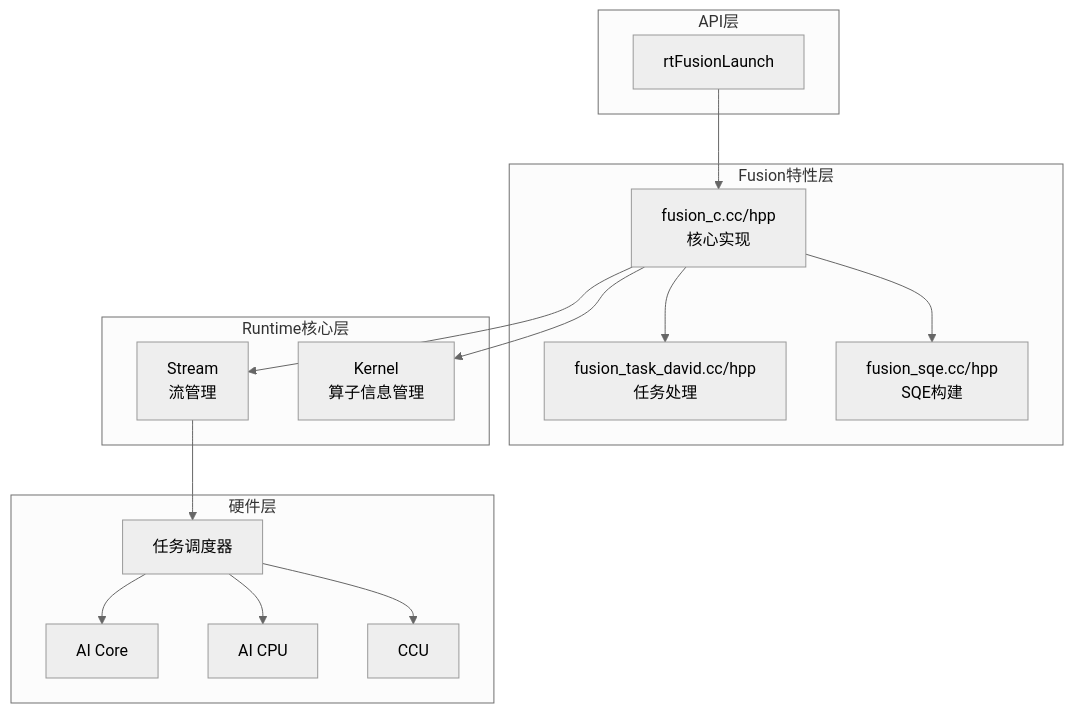
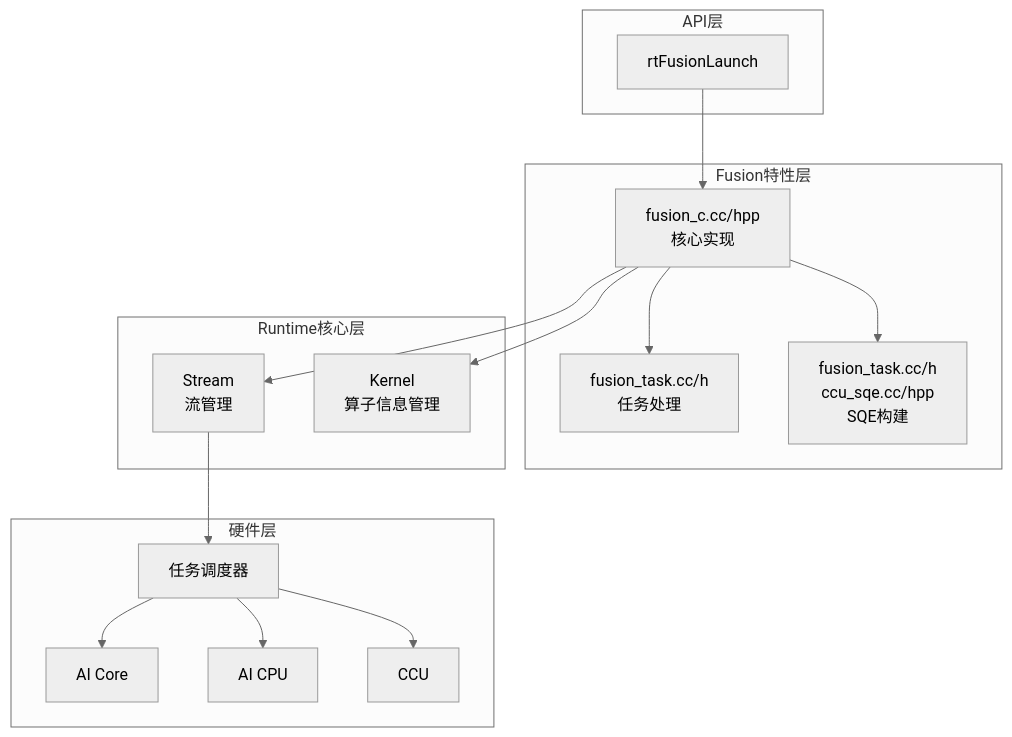
Before and after one commit to 18liumin/runtime: the first of 3 diagrams in docs/zh/design/features/fusion.md, drawn with Mermaid (neutral theme). The commit also changed other lines of this file and 2 other files, not shown here.

````diff
--- a/docs/zh/design/features/fusion.md
+++ b/docs/zh/design/features/fusion.md
@@ -83,34 +83,34 @@
 ```mermaid
 graph TB
     subgraph API层
         rtFusionLaunch["rtFusionLaunch"]
     end
     
     subgraph Fusion特性层
         FusionC["fusion_c.cc/hpp<br/>核心实现"]
-        FusionTask["fusion_task_david.cc/hpp<br/>任务处理"]
-        FusionSqe["fusion_sqe.cc/hpp<br/>SQE构建"]
+        FusionTask["fusion_task.cc/h<br/>任务处理"]
+        FusionSqe["fusion_task.cc/h<br/>ccu_sqe.cc/hpp<br/>SQE构建"]
     end
     
     subgraph Runtime核心层
         Stream["Stream<br/>流管理"]
         Kernel["Kernel<br/>算子信息管理"]
     end
     
     subgraph 硬件层
         AICore["AI Core"]
         AICPU["AI CPU"]
         CCU["CCU"]
         STARS["任务调度器"]
     end
     
     rtFusionLaunch --> FusionC
     FusionC --> FusionTask
     FusionC --> FusionSqe
     FusionC --> Kernel
     FusionC --> Stream
     Stream --> STARS
     STARS --> AICore
     STARS --> AICPU
     STARS --> CCU
 ```
````
